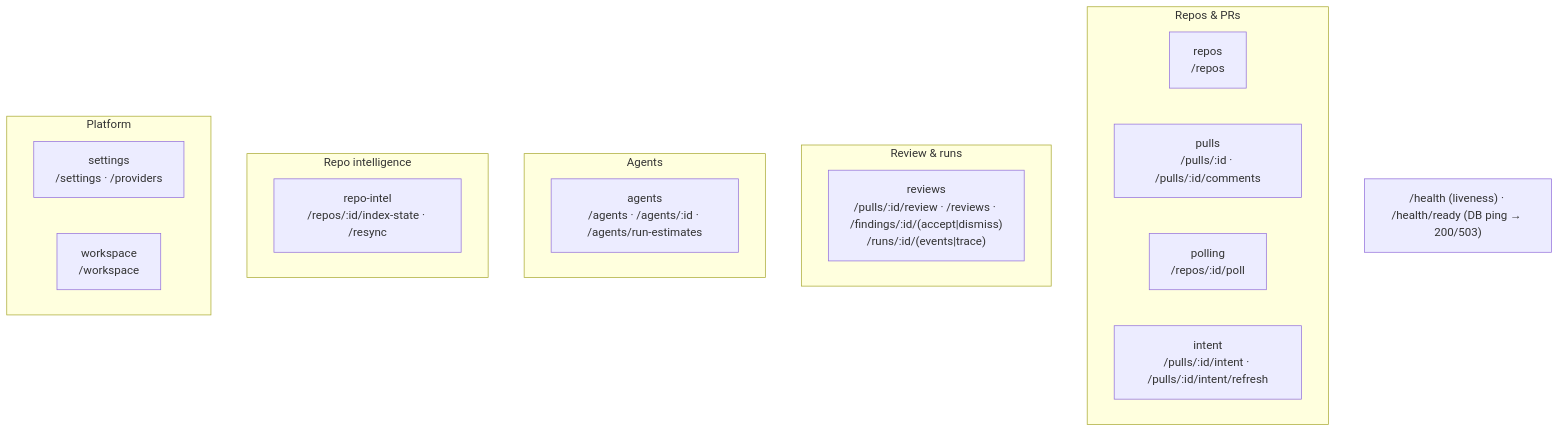
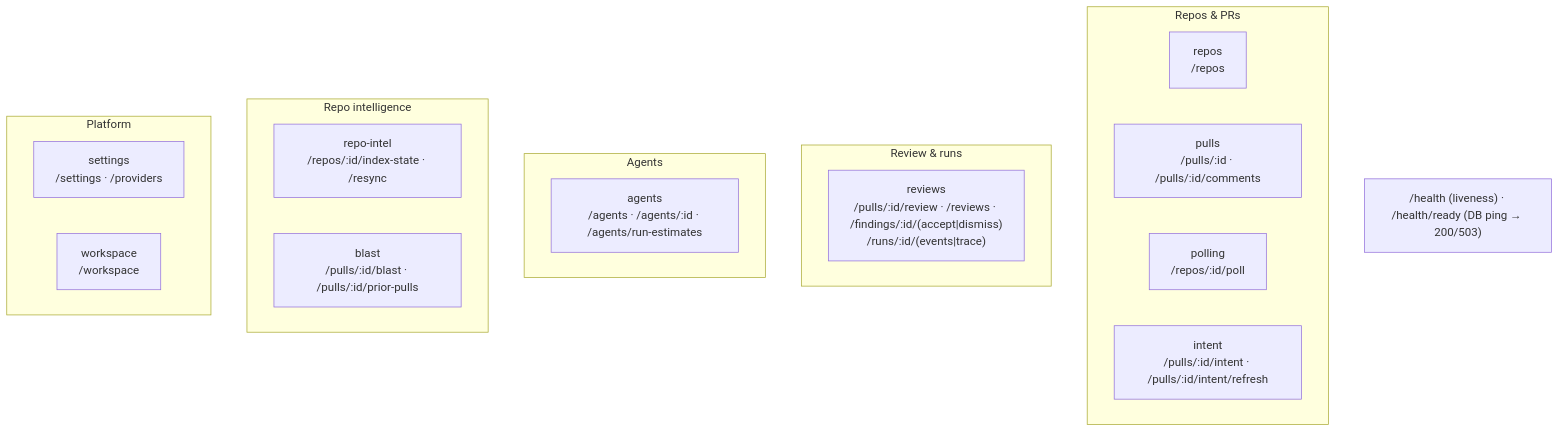
Before and after one commit to ai-agentic-engineering-neo/dev-digest: the second of 2 diagrams in server/README.md, drawn with Mermaid. The commit also changed 20 other files, not shown here.

First line of the commit message:
feat(blast): prior PRs touching these files (W5)

````diff
--- a/server/README.md
+++ b/server/README.md
@@ -64,23 +64,24 @@
 ```mermaid
 flowchart TB
   subgraph Repos_PRs["Repos & PRs"]
     repos["repos<br/>/repos"]
     pulls["pulls<br/>/pulls/:id · /pulls/:id/comments"]
     polling["polling<br/>/repos/:id/poll"]
     intent["intent<br/>/pulls/:id/intent · /pulls/:id/intent/refresh"]
   end
   subgraph Review["Review & runs"]
     reviews["reviews<br/>/pulls/:id/review · /reviews · /findings/:id/(accept|dismiss)<br/>/runs/:id/(events|trace)"]
   end
   subgraph Agents["Agents"]
     agents["agents<br/>/agents · /agents/:id · /agents/run-estimates"]
   end
   subgraph Intel["Repo intelligence"]
     repoIntel["repo-intel<br/>/repos/:id/index-state · /resync"]
+    blast["blast<br/>/pulls/:id/blast · /pulls/:id/prior-pulls"]
   end
   subgraph Platform["Platform"]
     settings["settings<br/>/settings · /providers"]
     workspace["workspace<br/>/workspace"]
   end
   HEALTH["/health (liveness) · /health/ready (DB ping → 200/503)"]
 ```
````
